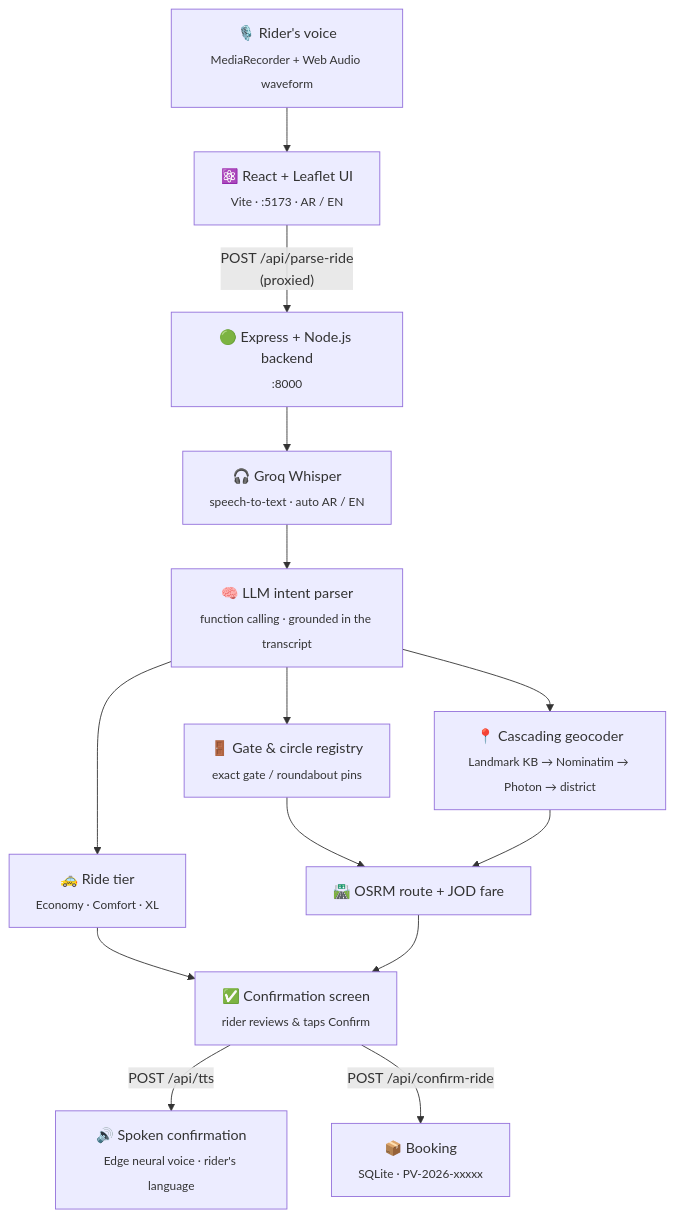
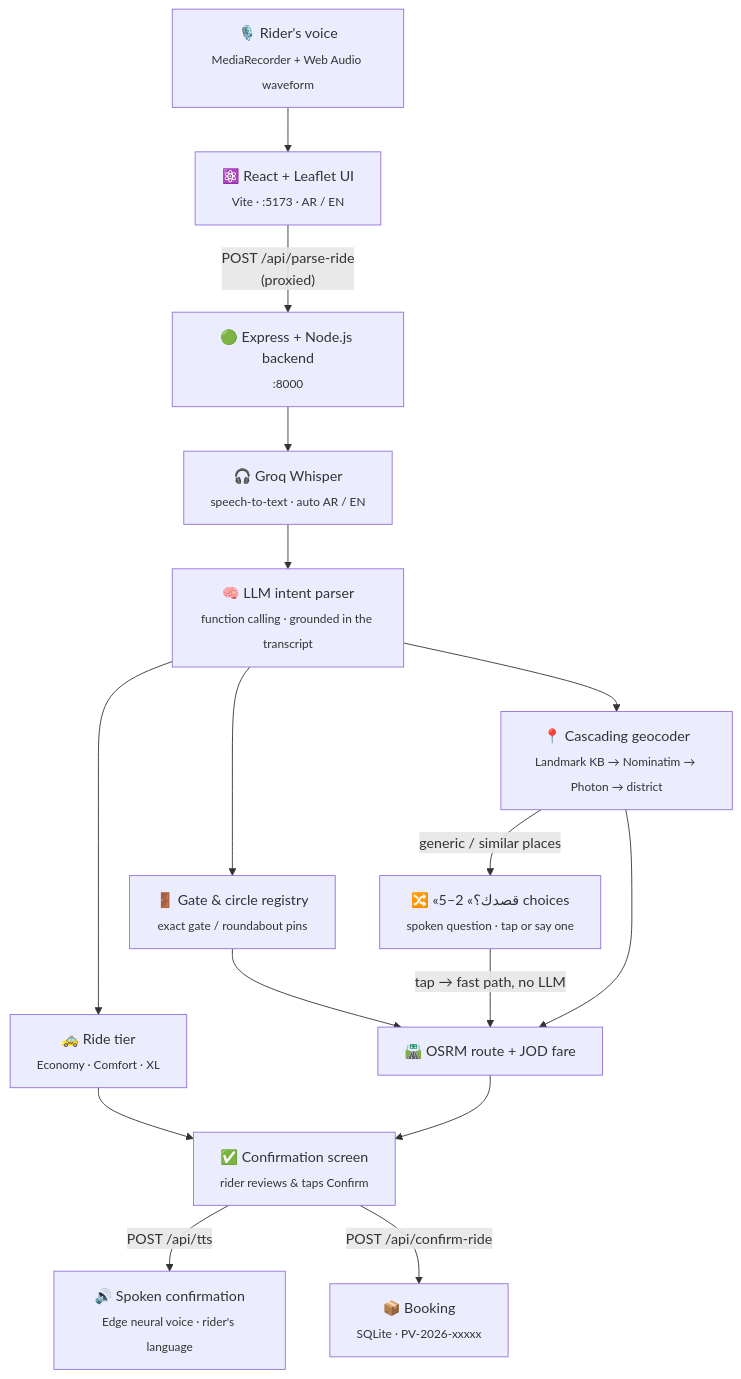
The diagram in README.md (yusefalsalman/PetraVoice), drawn with Mermaid before and after one commit. The commit also changed other lines of this file and 19 other files, not shown here.

First line of the commit message:
Add top-5 «قصدك؟» category choices, no-LLM fast path and automated demo videos

````diff
--- a/README.md
+++ b/README.md
@@ -154,14 +176,16 @@
 ```mermaid
 flowchart TD
     A["🎙️ Rider's voice<br/><sub>MediaRecorder + Web Audio waveform</sub>"] --> B
     B["⚛️ React + Leaflet UI<br/><sub>Vite · :5173 · AR / EN</sub>"] -->|"POST /api/parse-ride<br/>(proxied)"| C
     C["🟢 Express + Node.js backend<br/><sub>:8000</sub>"] --> D["🎧 Groq Whisper<br/><sub>speech-to-text · auto AR / EN</sub>"]
     D --> E["🧠 LLM intent parser<br/><sub>function calling · grounded in the transcript</sub>"]
     E --> F["🚕 Ride tier<br/><sub>Economy · Comfort · XL</sub>"]
     E --> G["🚪 Gate & circle registry<br/><sub>exact gate / roundabout pins</sub>"]
     E --> H["📍 Cascading geocoder<br/><sub>Landmark KB → Nominatim → Photon → district</sub>"]
+    H -->|"generic / similar places"| Q["🔀 «قصدك؟» 2–5 choices<br/><sub>spoken question · tap or say one</sub>"]
+    Q -->|"tap → fast path, no LLM"| I
     G & H --> I["🛣️ OSRM route + JOD fare"]
     F & I --> J["✅ Confirmation screen<br/><sub>rider reviews & taps Confirm</sub>"]
     J -->|"POST /api/tts"| L["🔊 Spoken confirmation<br/><sub>Edge neural voice · rider's language</sub>"]
     J -->|"POST /api/confirm-ride"| K["📦 Booking<br/><sub>SQLite · PV-2026-xxxxx</sub>"]
 ```
````
